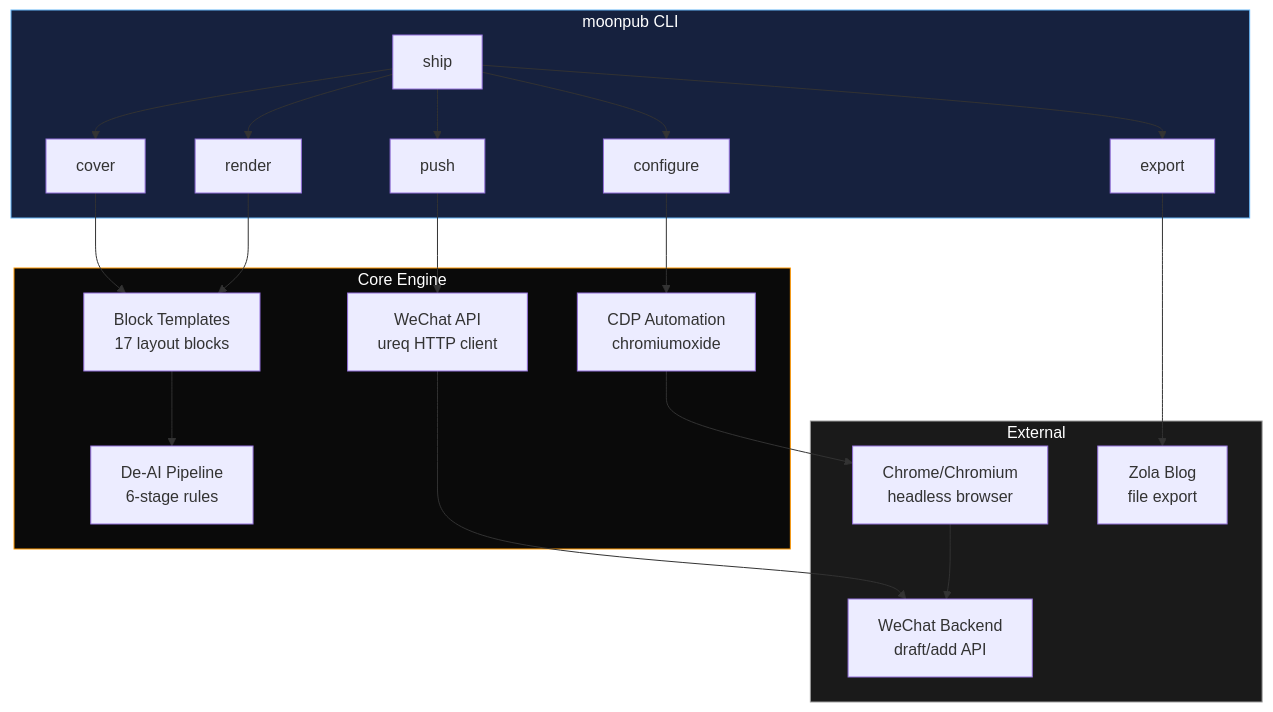
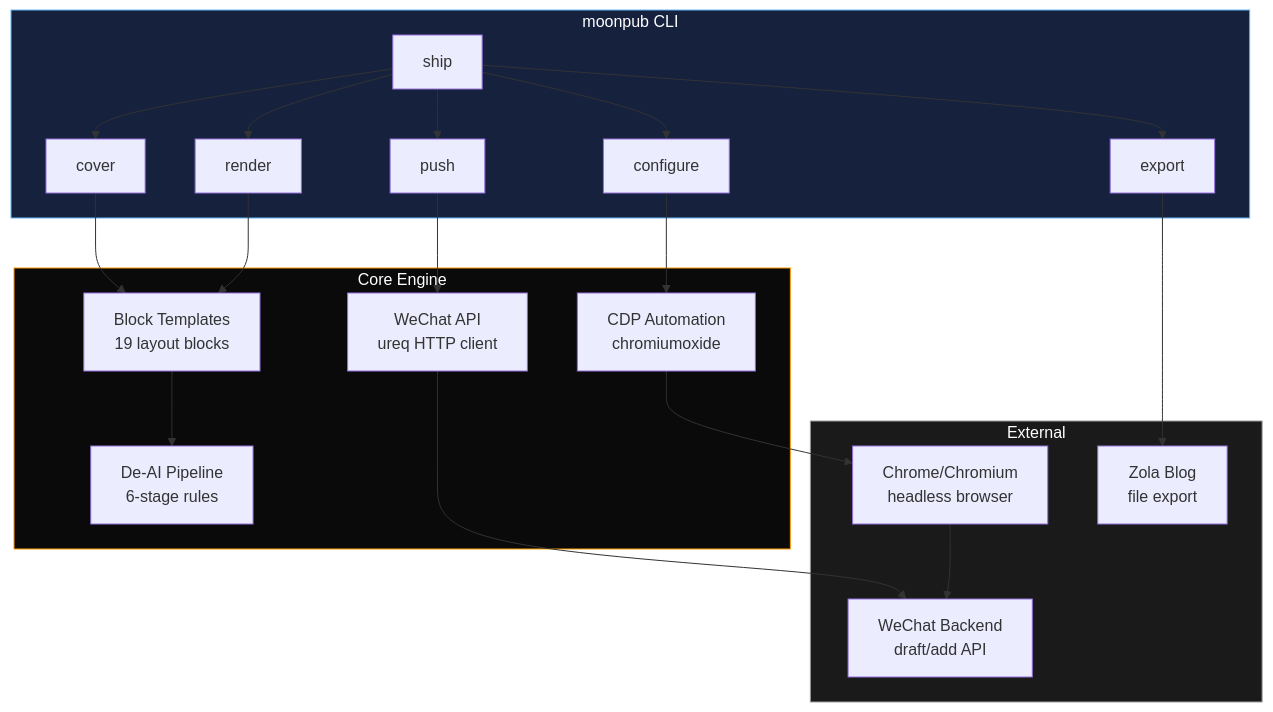
The second of 2 diagrams in README.md (qiaopengjun5162/moonpub), drawn with Mermaid before and after one commit. The commit also changed other lines of this file and 8 other files, not shown here.

Commit message:
feat: add photo story layout blocks (#75)

````diff
--- a/README.md
+++ b/README.md
@@ -103,34 +103,34 @@
 ```mermaid
 graph TB
     subgraph CLI["moonpub CLI"]
         ship["ship"]
         cover["cover"]
         render["render"]
         push["push"]
         configure["configure"]
         export["export"]
     end
 
     subgraph Core["Core Engine"]
-        Block["Block Templates<br/>17 layout blocks"]
+        Block["Block Templates<br/>19 layout blocks"]
         Humanize["De-AI Pipeline<br/>6-stage rules"]
         WechatAPI["WeChat API<br/>ureq HTTP client"]
         CDP["CDP Automation<br/>chromiumoxide"]
     end
 
     subgraph External["External"]
         WX["WeChat Backend<br/>draft/add API"]
         Chrome["Chrome/Chromium<br/>headless browser"]
         Blog["Zola Blog<br/>file export"]
     end
 
     ship --> cover --> Block
     ship --> render --> Block --> Humanize
     ship --> push --> WechatAPI --> WX
     ship --> configure --> CDP --> Chrome --> WX
     ship --> export --> Blog
 
     style CLI fill:#16213e,stroke:#64b5f6,color:#fff
     style Core fill:#0a0a0a,stroke:#ff9800,color:#fff
     style External fill:#1a1a1a,stroke:#9e9e9e,color:#fff
 ```
````
